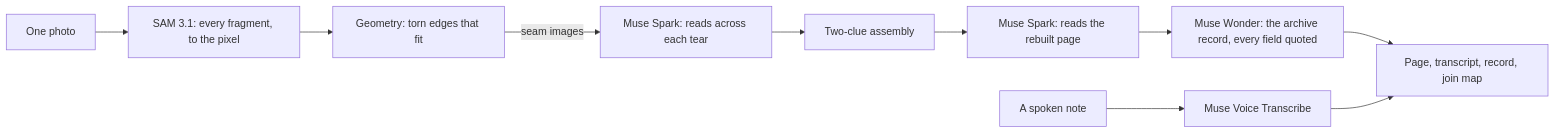
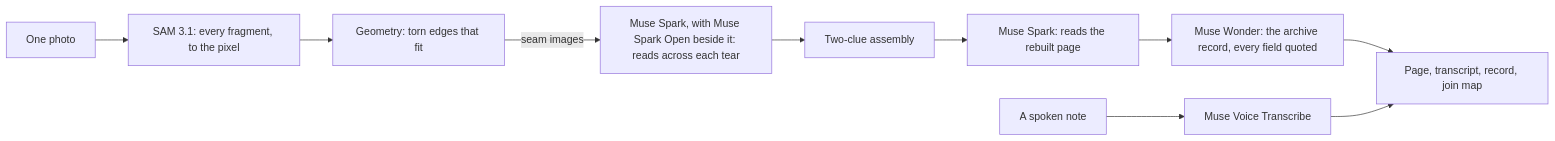
Before and after one commit to iamdflame/untorn: the diagram in README.md, drawn with Mermaid. The commit also changed other lines of this file and 26 other files, not shown here.

First line of the commit message:
Muse Spark Open, Meta's open weights, in every live run: Muse Spark's slow reads are also asked of the open weights on Baseten and the first good answer wins; "Read on open weights only" sends every read, the transcript and the record to it; each read names its model

````diff
--- a/README.md
+++ b/README.md
@@ -38,12 +38,12 @@
 ```mermaid
 flowchart LR
   P[One photo] --> S[SAM 3.1: every fragment, to the pixel]
   S --> G[Geometry: torn edges that fit]
-  G -->|seam images| M[Muse Spark: reads across each tear]
+  G -->|seam images| M[Muse Spark, with Muse Spark Open beside it: reads across each tear]
   M --> A[Two-clue assembly]
   A --> R[Muse Spark: reads the rebuilt page]
   R --> W[Muse Wonder: the archive record, every field quoted]
   N[A spoken note] --> V[Muse Voice Transcribe]
   W --> O[Page, transcript, record, join map]
   V --> O
 ```
````
